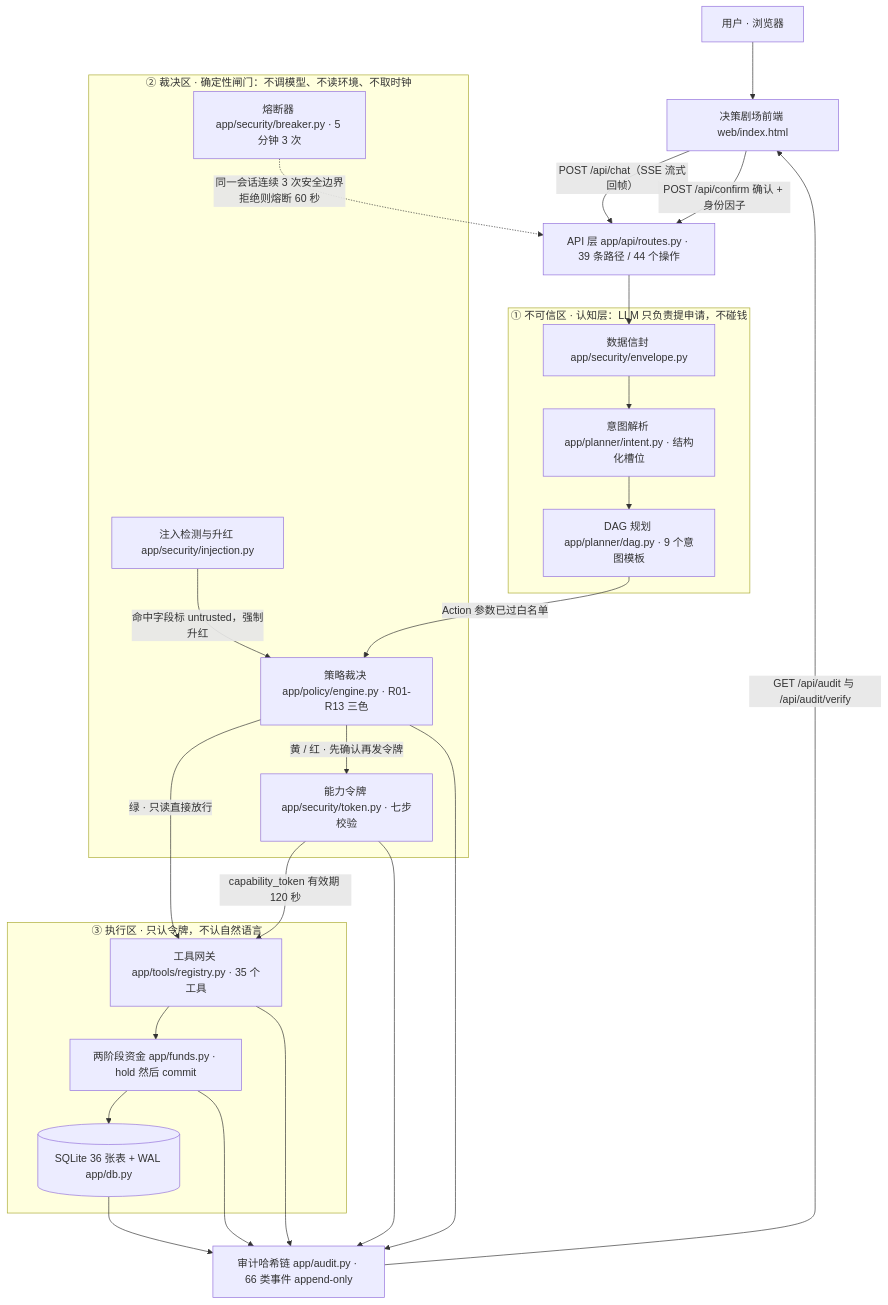
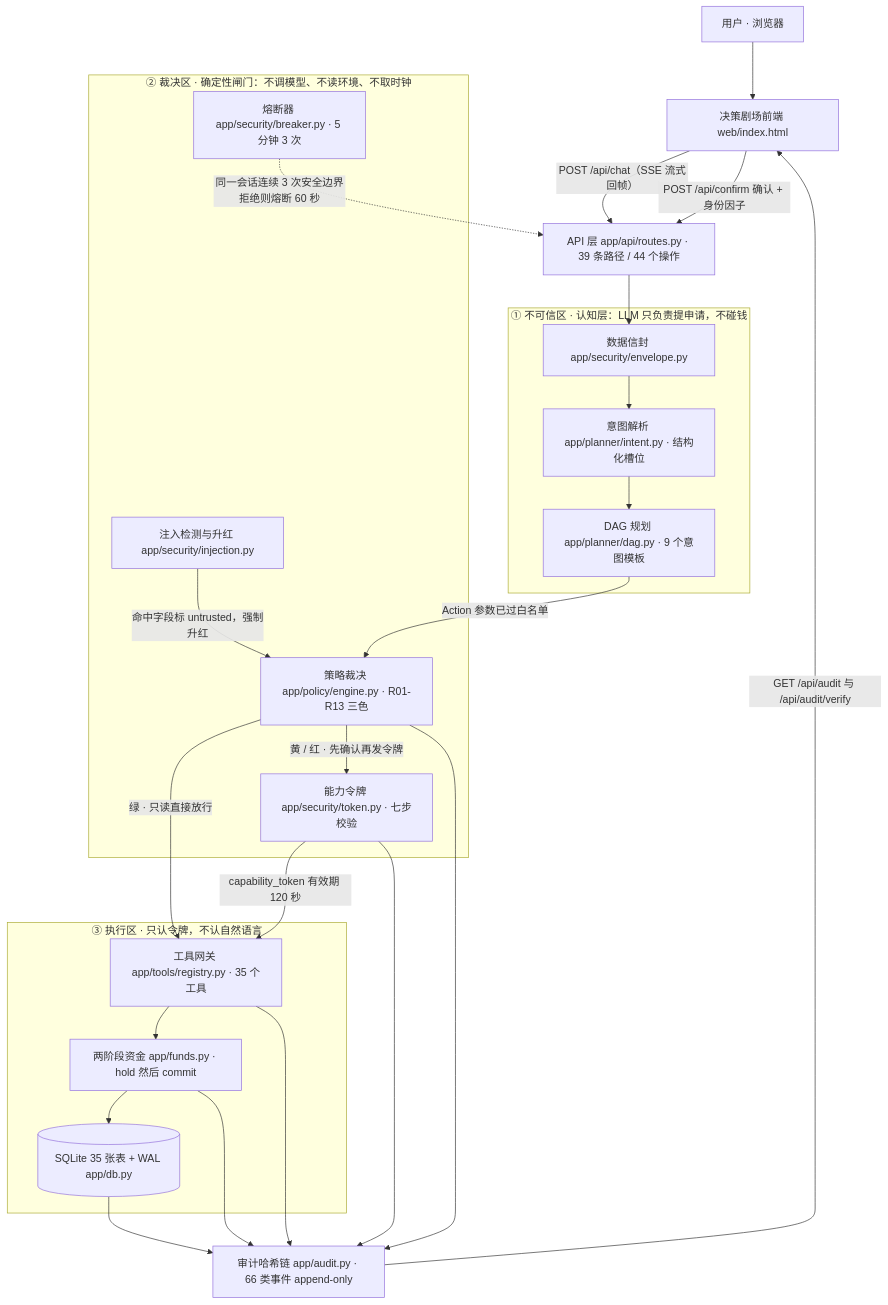
One commit to peng6yu/banking-agent changed the first of 2 diagrams in docs/技术文档.md. Above: the diagram before and after it, drawn with Mermaid. The commit also changed other lines of this file and 56 other files, not shown here.

````diff
--- a/docs/技术文档.md
+++ b/docs/技术文档.md
@@ -56,42 +56,42 @@
 ```mermaid
 flowchart TD
     U["用户 · 浏览器"] --> FE["决策剧场前端 web/index.html"]
     FE -->|"POST /api/chat（SSE 流式回帧）"| API["API 层 app/api/routes.py · 39 条路径 / 44 个操作"]
     FE -->|"POST /api/confirm 确认 + 身份因子"| API
 
     subgraph L1["① 不可信区 · 认知层：LLM 只负责提申请，不碰钱"]
         ENV["数据信封 app/security/envelope.py"]
         INT["意图解析 app/planner/intent.py · 结构化槽位"]
         DAG["DAG 规划 app/planner/dag.py · 9 个意图模板"]
     end
 
     subgraph L2["② 裁决区 · 确定性闸门：不调模型、不读环境、不取时钟"]
         INJ["注入检测与升红 app/security/injection.py"]
         PE["策略裁决 app/policy/engine.py · R01-R13 三色"]
         TK["能力令牌 app/security/token.py · 七步校验"]
         BRK["熔断器 app/security/breaker.py · 5 分钟 3 次"]
     end
 
     subgraph L3["③ 执行区 · 只认令牌，不认自然语言"]
         REG["工具网关 app/tools/registry.py · 35 个工具"]
         FND["两阶段资金 app/funds.py · hold 然后 commit"]
-        DB[("SQLite 36 张表 + WAL app/db.py")]
+        DB[("SQLite 35 张表 + WAL app/db.py")]
     end
 
     AUD["审计哈希链 app/audit.py · 66 类事件 append-only"]
 
     API --> ENV --> INT --> DAG
     DAG -->|"Action 参数已过白名单"| PE
     INJ -->|"命中字段标 untrusted，强制升红"| PE
     PE -->|"绿 · 只读直接放行"| REG
     PE -->|"黄 / 红 · 先确认再发令牌"| TK
     TK -->|"capability_token 有效期 120 秒"| REG
     BRK -.->|"同一会话连续 3 次安全边界拒绝则熔断 60 秒"| API
     REG --> FND --> DB
     REG --> AUD
     FND --> AUD
     PE --> AUD
     TK --> AUD
     DB --> AUD
     AUD -->|"GET /api/audit 与 /api/audit/verify"| FE
 ```
````
